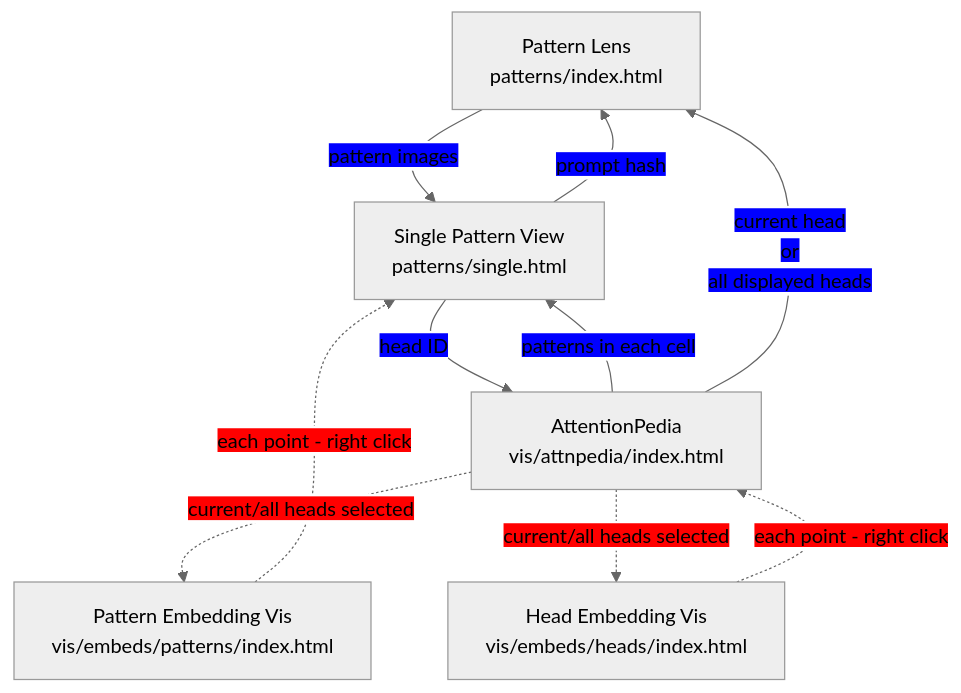
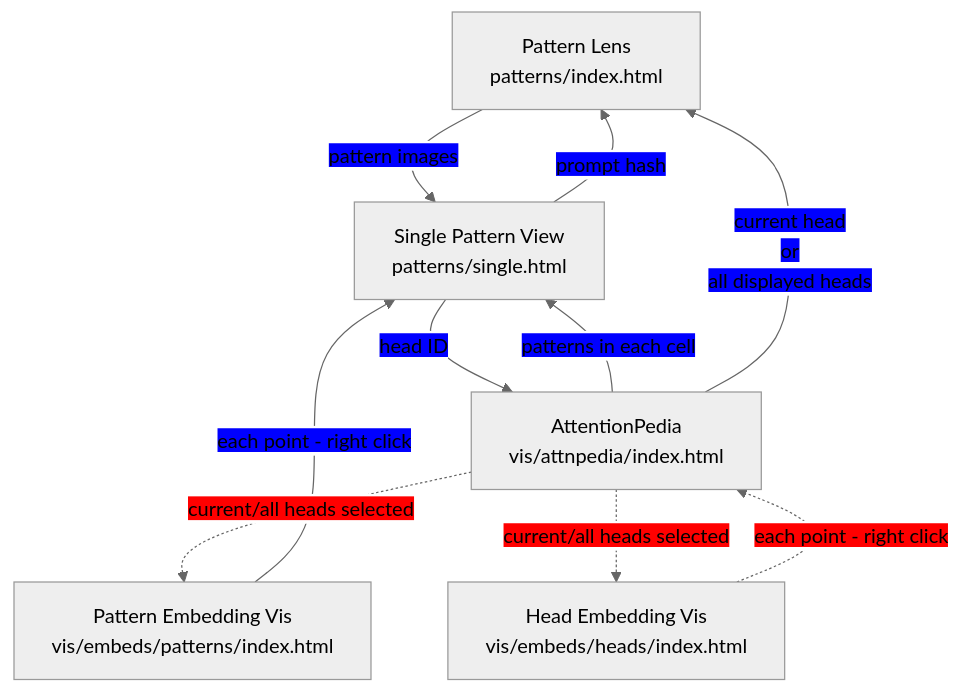
Before and after one commit to mivanit/attention-motifs: the diagram in TODO.md, drawn with Mermaid (neutral theme). The commit also changed other lines of this file, not shown here.

Commit message:
update todo

````diff
--- a/TODO.md
+++ b/TODO.md
@@ -50,21 +50,22 @@
 ```mermaid
 flowchart TD
     PL[Pattern Lens<br/>patterns/index.html] 
     SPV[Single Pattern View<br/>patterns/single.html]
     AP[AttentionPedia<br/>vis/attnpedia/index.html]
     PEV[Pattern Embedding Vis<br/>vis/embeds/patterns/index.html]
     HEV[Head Embedding Vis<br/>vis/embeds/heads/index.html]
 
     %% Existing connections (solid lines)
     PL -->|<span style='background-color: blue'>pattern images</span>| SPV
     AP -->|<span style='background-color: blue'>patterns in each cell</span>| SPV
     AP -->|<span style='background-color: blue'>current head <br/>or<br/> all displayed heads</span>| PL
     SPV -->|<span style='background-color: blue'>prompt hash</span>| PL
     SPV -->|<span style='background-color: blue'>head ID</span>| AP
 
+    PEV -->|<span style='background-color: blue'>each point - right click</span>| SPV
+
     %% Missing connections (dashed lines)
     AP -.->|<span style='background-color: red'>current/all heads selected</span>| PEV
     AP -.->|<span style='background-color: red'>current/all heads selected</span>| HEV
-    PEV -.->|<span style='background-color: red'>each point - right click</span>| SPV
     HEV -.->|<span style='background-color: red'>each point - right click</span>| AP
 ```
````
